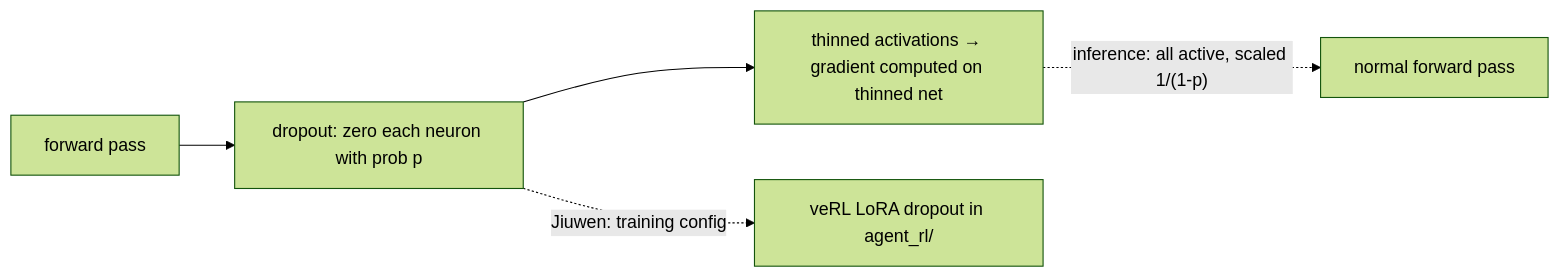
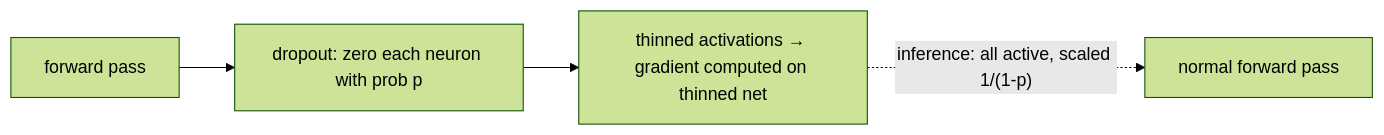
Diagram 12 of 18 in content/topics/00-ml-foundations.md (michaelatamuk/openjiuwen-knowledge), drawn with Mermaid (forest theme) before and after one commit. The commit also changed other lines of this file and 57 other files, not shown here.

````diff
--- a/content/topics/00-ml-foundations.md
+++ b/content/topics/00-ml-foundations.md
@@ -363,7 +237,6 @@
 ```mermaid
 flowchart LR
     FWD["forward pass"] --> D["dropout: zero each neuron with prob p"]
     D --> OUT["thinned activations → gradient computed on thinned net"]
     OUT -.->|"inference: all active, scaled 1/(1-p)"| INF["normal forward pass"]
-    D -.->|"Jiuwen: training config"| VL["veRL LoRA dropout in agent_rl/"]
 ```
````
